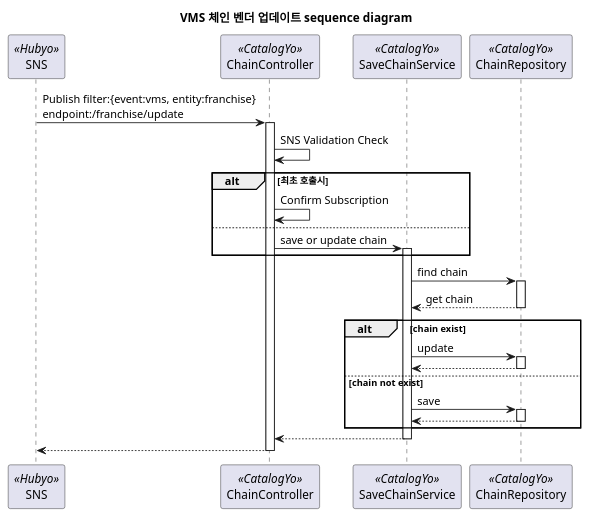
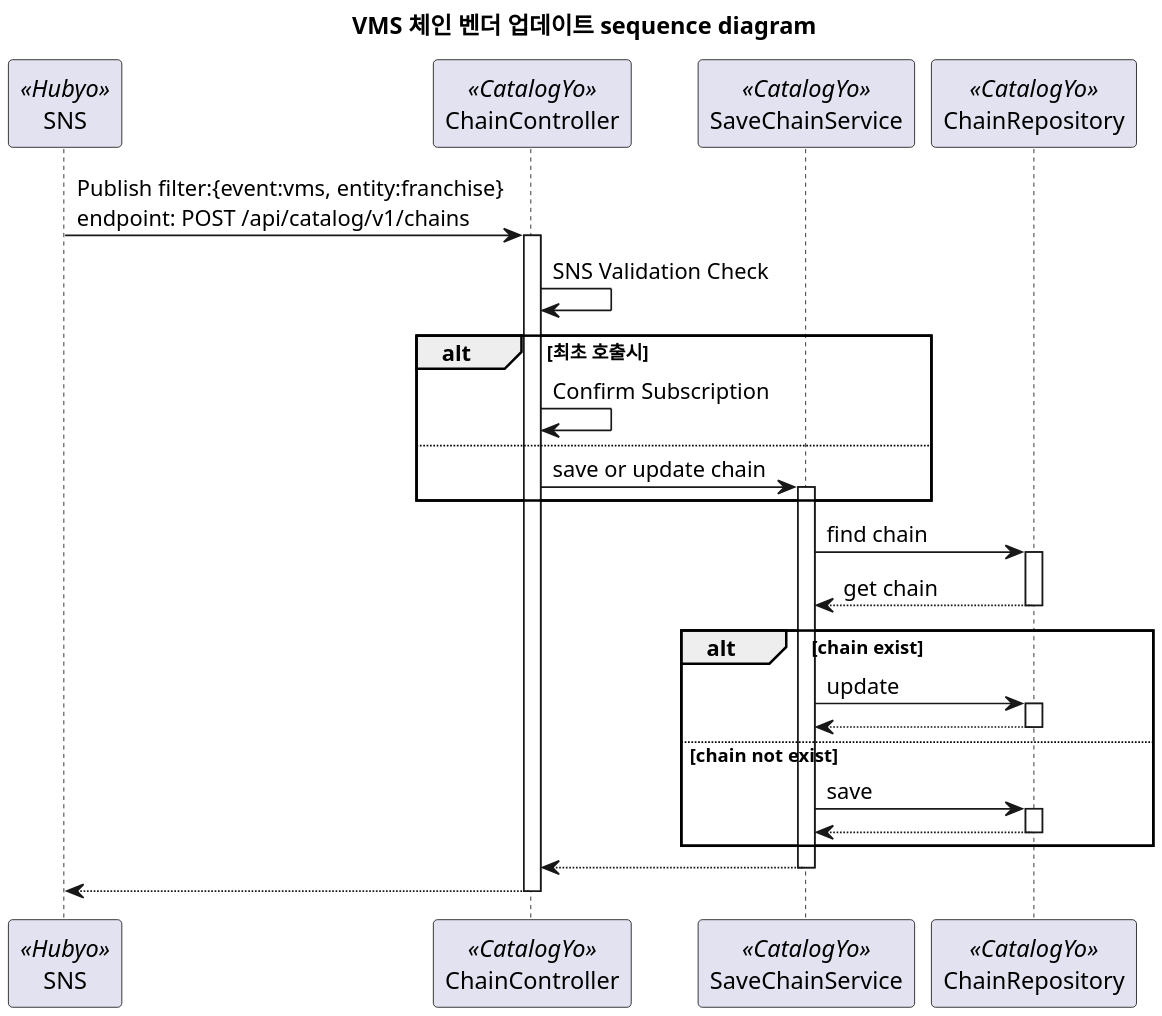
Before and after one commit to koo-bonsoo/plantuml: the diagram in vms-chain-update-squence copy.plantuml, drawn with PlantUML. The commit also changed 2 other files, not shown here.

```diff
--- a/vms-chain-update-squence copy.plantuml
+++ b/vms-chain-update-squence copy.plantuml
@@ -1,49 +1,49 @@
 @startuml VMS 체인 벤더 업데이트 sequence diagram
 skinparam defaultFontName D2Coding
 
-scale 1
+scale 2
 title VMS 체인 벤더 업데이트 sequence diagram
 
 participant SNS<<Hubyo>>
 participant ChainController<<CatalogYo>>
 participant SaveChainService<<CatalogYo>>
 participant ChainRepository<<CatalogYo>>
 
-SNS -> ChainController : Publish filter:{event:vms, entity:franchise}\nendpoint:/franchise/update
+SNS -> ChainController : Publish filter:{event:vms, entity:franchise}\nendpoint: POST /api/catalog/v1/chains
 activate ChainController
 
 ChainController -> ChainController : SNS Validation Check
 
 alt 최초 호출시
     ChainController -> ChainController : Confirm Subscription
 else
     ChainController -> SaveChainService : save or update chain
     
     activate SaveChainService 
 end
 
 SaveChainService -> ChainRepository : find chain
 activate ChainRepository
 
 ChainRepository --> SaveChainService : get chain
 deactivate ChainRepository
 
 alt chain exist 
     SaveChainService -> ChainRepository : update
     activate ChainRepository 
     ChainRepository --> SaveChainService 
     deactivate ChainRepository
 else chain not exist 
     SaveChainService -> ChainRepository : save
     activate ChainRepository 
     ChainRepository --> SaveChainService 
     deactivate ChainRepository
 end
 
 SaveChainService --> ChainController
 deactivate SaveChainService
 
 ChainController --> SNS
 deactivate ChainController
 
 @enduml
```
